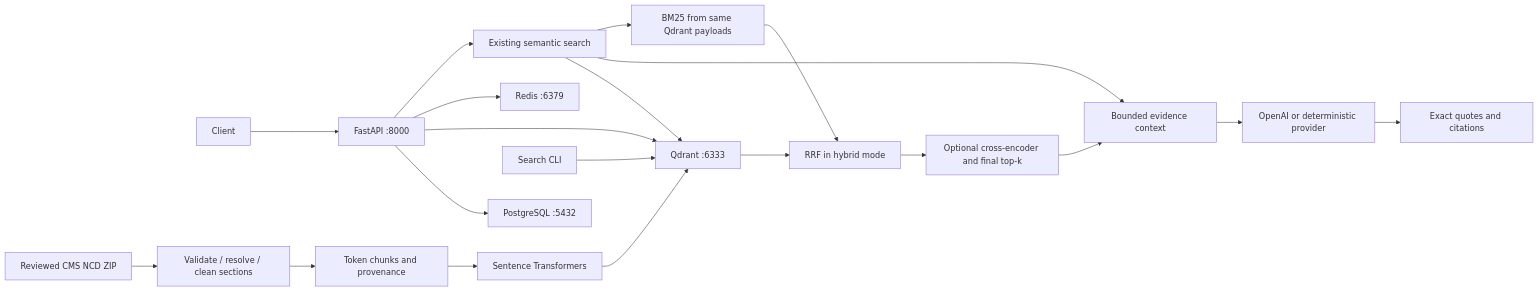
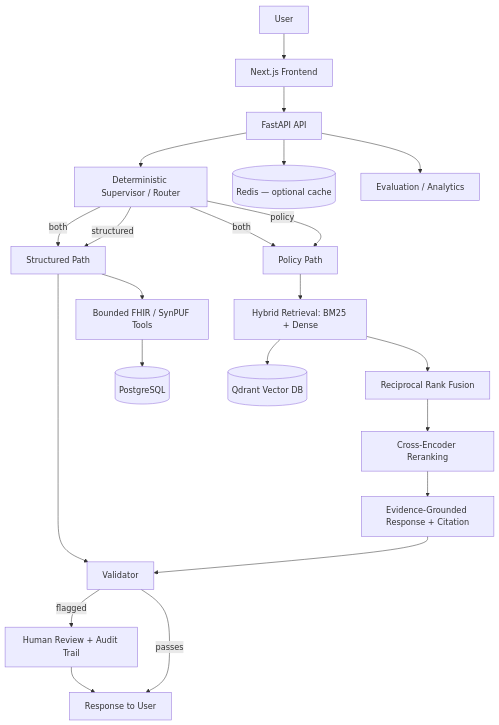
One commit to churnika67/careflow-ai changed the diagram in README.md. Above: the diagram before and after it, drawn with Mermaid. The commit also changed other lines of this file, not shown here.

````diff
--- a/README.md
+++ b/README.md
@@ -212,22 +103,29 @@
 ```mermaid
-flowchart LR
-    Client --> API[FastAPI :8000]
-    API --> PG[PostgreSQL :5432]
-    API --> Q[Qdrant :6333]
-    API --> R[Redis :6379]
-    CMS[Reviewed CMS NCD ZIP] --> Clean[Validate / resolve / clean sections]
-    Clean --> Chunks[Token chunks and provenance]
-    Chunks --> Embed[Sentence Transformers]
-    Embed --> Q
-    CLI[Search CLI] --> Q
-    API --> Search[Existing semantic search]
-    Search --> Q
-    Search --> Context[Bounded evidence context]
-    Search --> Lexical[BM25 from same Qdrant payloads]
-    Lexical --> Fusion[RRF in hybrid mode]
-    Q --> Fusion
-    Fusion --> Rerank[Optional cross-encoder and final top-k]
-    Rerank --> Context
-    Context --> Gen[OpenAI or deterministic provider]
-    Gen --> Validate[Exact quotes and citations]
+flowchart TD
+    User[User] --> FE[Next.js Frontend]
+    FE --> API[FastAPI API]
+    API --> Router[Deterministic Supervisor / Router]
+
+    Router -->|policy| Policy[Policy Path]
+    Router -->|structured| Structured[Structured Path]
+    Router -->|both| Policy
+    Router -->|both| Structured
+
+    Policy --> Hybrid[Hybrid Retrieval: BM25 + Dense]
+    Hybrid --> RRF[Reciprocal Rank Fusion]
+    RRF --> Rerank[Cross-Encoder Reranking]
+    Rerank --> Grounded[Evidence-Grounded Response + Citation]
+
+    Structured --> Tools[Bounded FHIR / SynPUF Tools]
+    Tools --> PG[(PostgreSQL)]
+
+    Grounded --> Validator[Validator]
+    Structured --> Validator
+    Validator -->|passes| Response[Response to User]
+    Validator -->|flagged| HITL[Human Review + Audit Trail]
+    HITL --> Response
+
+    Hybrid --> Qdrant[(Qdrant Vector DB)]
+    API --> Redis[(Redis — optional cache)]
+    API --> Eval[Evaluation / Analytics]
 ```
````
